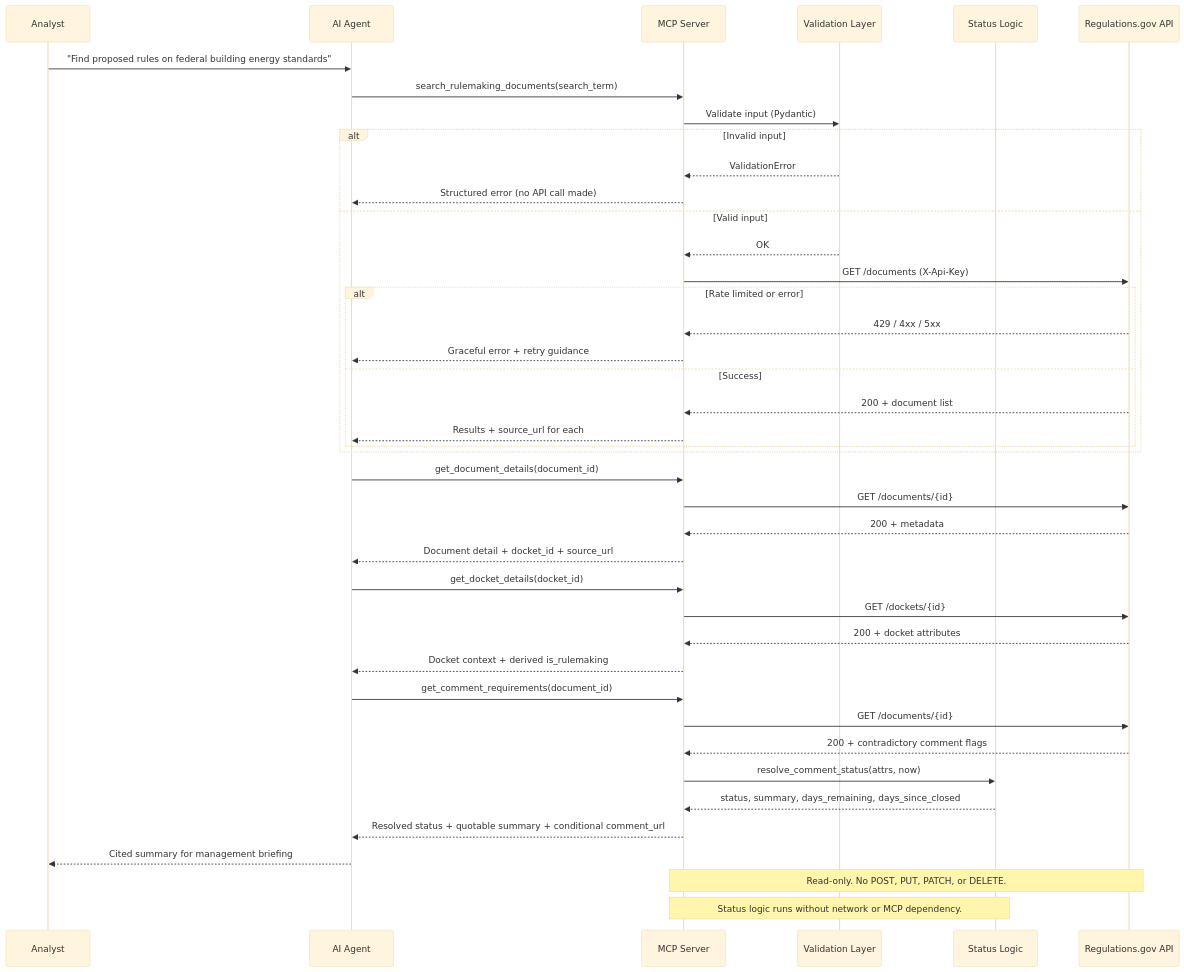
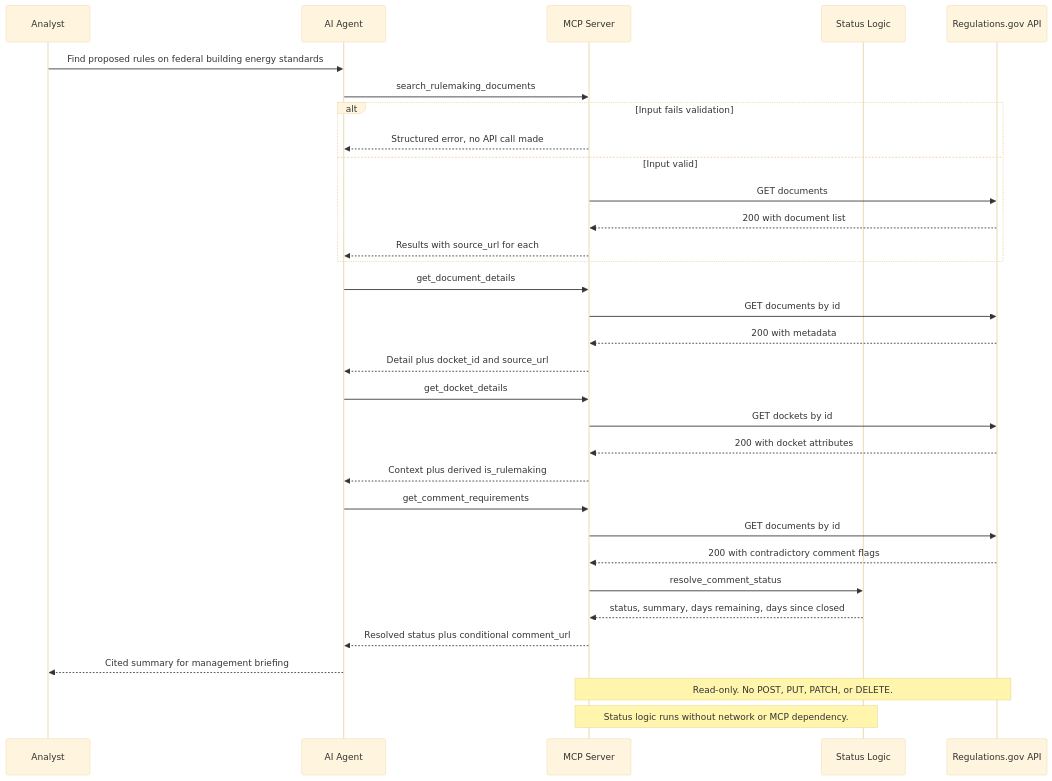
The diagram in docs/security_and_governance.md (jorgenunezGH/federal-rulemaking-mcp), drawn with Mermaid (base theme) before and after one commit. The commit also changed other lines of this file, not shown here.

Commit message:
Simplify sequence diagram for Mermaid compatibility
Flatten nested alt blocks and move error-path detail to a table. Nested
conditionals prevented GitHub from rendering the diagram.

````diff
--- a/docs/security_and_governance.md
+++ b/docs/security_and_governance.md
@@ -185,49 +185,41 @@
 ```mermaid
 sequenceDiagram
     participant A as Analyst
     participant Agent as AI Agent
     participant MCP as MCP Server
-    participant V as Validation Layer
     participant L as Status Logic
     participant API as Regulations.gov API
 
-    A->>Agent: "Find proposed rules on federal building energy standards"
-    Agent->>MCP: search_rulemaking_documents(search_term)
-    MCP->>V: Validate input (Pydantic)
-    alt Invalid input
-        V-->>MCP: ValidationError
-        MCP-->>Agent: Structured error (no API call made)
-    else Valid input
-        V-->>MCP: OK
-        MCP->>API: GET /documents (X-Api-Key)
-        alt Rate limited or error
-            API-->>MCP: 429 / 4xx / 5xx
-            MCP-->>Agent: Graceful error + retry guidance
-        else Success
-            API-->>MCP: 200 + document list
-            MCP-->>Agent: Results + source_url for each
-        end
+    A->>Agent: Find proposed rules on federal building energy standards
+    Agent->>MCP: search_rulemaking_documents
+
+    alt Input fails validation
+        MCP-->>Agent: Structured error, no API call made
+    else Input valid
+        MCP->>API: GET documents
+        API-->>MCP: 200 with document list
+        MCP-->>Agent: Results with source_url for each
     end
 
-    Agent->>MCP: get_document_details(document_id)
-    MCP->>API: GET /documents/{id}
-    API-->>MCP: 200 + metadata
-    MCP-->>Agent: Document detail + docket_id + source_url
+    Agent->>MCP: get_document_details
+    MCP->>API: GET documents by id
+    API-->>MCP: 200 with metadata
+    MCP-->>Agent: Detail plus docket_id and source_url
 
-    Agent->>MCP: get_docket_details(docket_id)
-    MCP->>API: GET /dockets/{id}
-    API-->>MCP: 200 + docket attributes
-    MCP-->>Agent: Docket context + derived is_rulemaking
+    Agent->>MCP: get_docket_details
+    MCP->>API: GET dockets by id
+    API-->>MCP: 200 with docket attributes
+    MCP-->>Agent: Context plus derived is_rulemaking
 
-    Agent->>MCP: get_comment_requirements(document_id)
-    MCP->>API: GET /documents/{id}
-    API-->>MCP: 200 + contradictory comment flags
-    MCP->>L: resolve_comment_status(attrs, now)
-    L-->>MCP: status, summary, days_remaining, days_since_closed
-    MCP-->>Agent: Resolved status + quotable summary + conditional comment_url
+    Agent->>MCP: get_comment_requirements
+    MCP->>API: GET documents by id
+    API-->>MCP: 200 with contradictory comment flags
+    MCP->>L: resolve_comment_status
+    L-->>MCP: status, summary, days remaining, days since closed
+    MCP-->>Agent: Resolved status plus conditional comment_url
 
     Agent-->>A: Cited summary for management briefing
 
     Note over MCP,API: Read-only. No POST, PUT, PATCH, or DELETE.
     Note over MCP,L: Status logic runs without network or MCP dependency.
 ```
````
